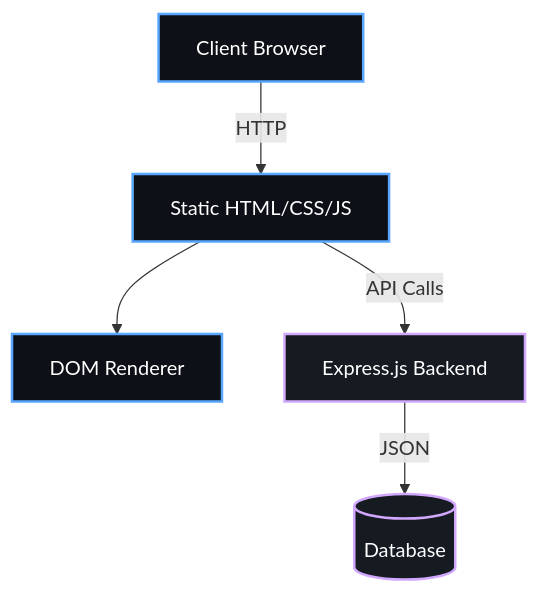
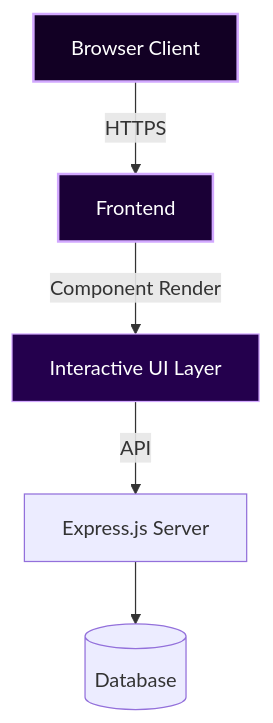
The diagram in README.md (karthik-idikuda/Deep-Research-Agent), drawn with Mermaid before and after one commit. The commit also changed other lines of this file, not shown here.

````diff
--- a/README.md
+++ b/README.md
@@ -29,14 +34,11 @@
 ```mermaid
 graph TD;
-    A["Client Browser"] -->|HTTP| B["Static HTML/CSS/JS"];
-    B --> C["DOM Renderer"];
-    B -->|API Calls| E["Express.js Backend"];
-    E -->|JSON| F[(Database)];
+    A["Browser Client"] -->|"HTTPS"| B["Frontend"];
+    B -->|"Component Render"| C["Interactive UI Layer"];
+    C -->|"API"| D["Express.js Server"];
+    D --> E[(Database)];
 
-    classDef frontend fill:#0d1117,stroke:#58a6ff,stroke-width:2px,color:#fff;
-    classDef backend fill:#161b22,stroke:#d2a8ff,stroke-width:2px,color:#fff;
-    classDef styling fill:#21262d,stroke:#79c0ff,stroke-width:1px,color:#fff;
-    class A,B,C frontend;
-    class D styling;
-    class E,F backend;
+    style A fill:#120024,stroke:#d2a8ff,stroke-width:2px,color:#fff
+    style B fill:#1a0036,stroke:#d2a8ff,stroke-width:2px,color:#fff
+    style C fill:#24004d,stroke:#d2a8ff,stroke-width:1px,color:#fff
 ```
````
